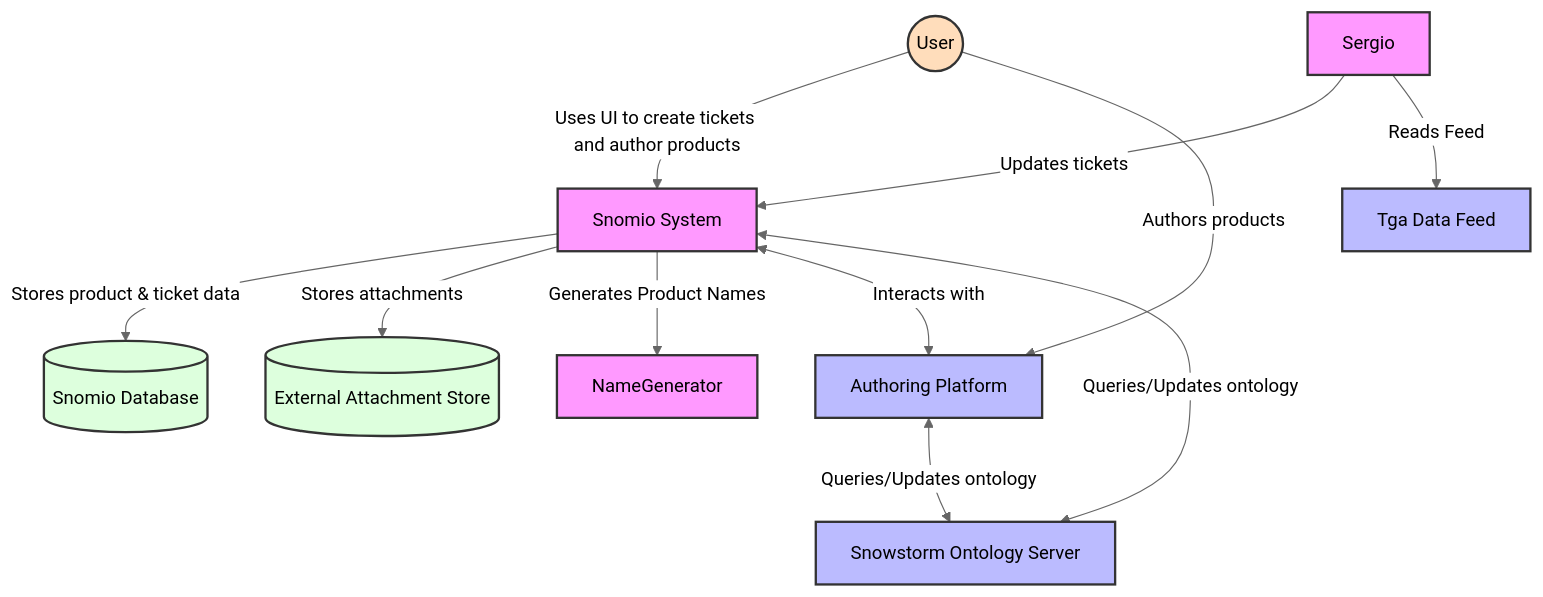
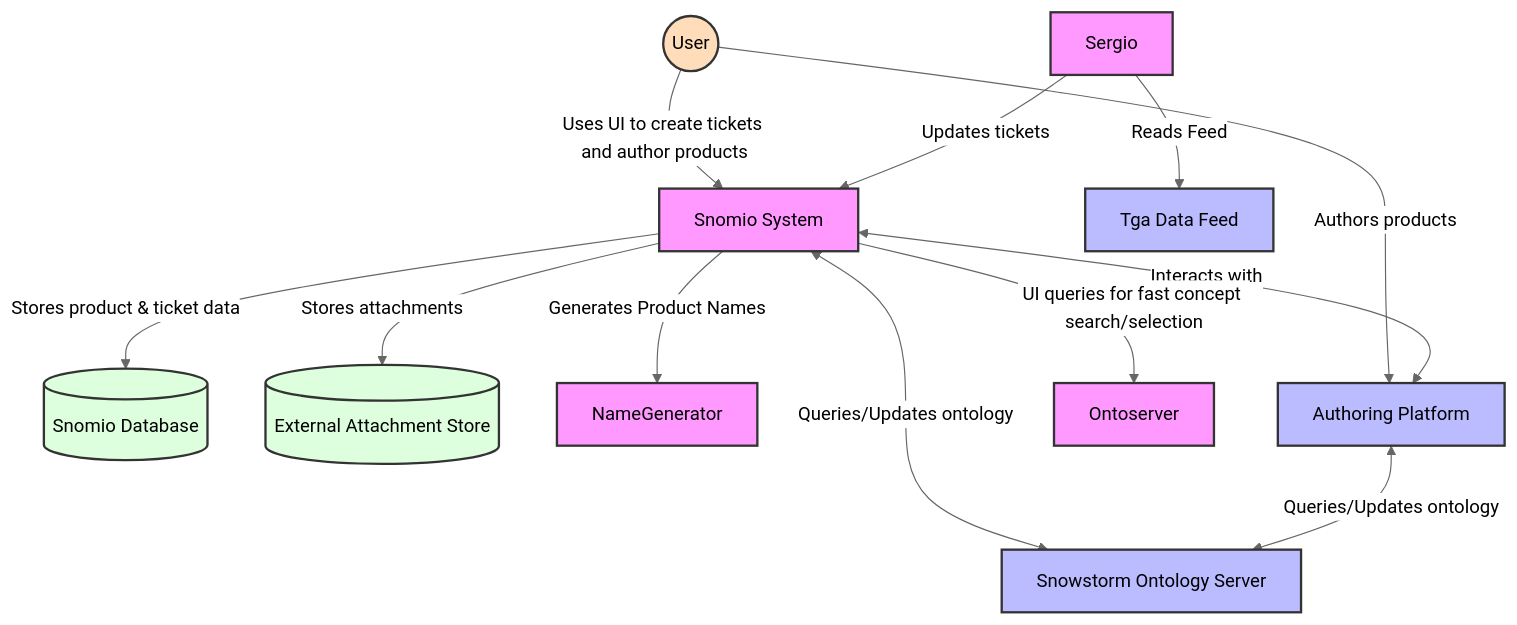
One commit to AuDigitalHealth/lingo changed the first of 6 diagrams in docs/design/integration-points.md. Above: the diagram before and after it, drawn with Mermaid (neutral theme). The commit also changed other lines of this file, not shown here.

Commit message:
added ontoserver into integration points overview diagram

````diff
--- a/docs/design/integration-points.md
+++ b/docs/design/integration-points.md
@@ -19,33 +21,34 @@
 ```mermaid
 graph TB
     User((User))
     Snomio[Snomio System]
     DB[(Snomio Database)]
     AttachmentStore[(External Attachment Store)]
     Sergio[Sergio]
     NameGen[NameGenerator]
     AuthoringPlatform[Authoring Platform]
     Snowstorm[Snowstorm Ontology Server]
     TGAFeed[Tga Data Feed]
 
     User -->|Uses UI to create tickets and author products| Snomio
     Snomio -->|Stores product & ticket data| DB
     Snomio -->|Stores attachments| AttachmentStore
     Snomio -->|Generates Product Names| NameGen
     Sergio -->|Updates tickets| Snomio
     Sergio -->|Reads Feed| TGAFeed
     User -->|Authors products| AuthoringPlatform
     Snomio <-->|Interacts with| AuthoringPlatform
     Snomio <-->|Queries/Updates ontology| Snowstorm
+    Snomio -->|UI queries for fast concept search/selection| Ontoserver
     AuthoringPlatform <-->|Queries/Updates ontology| Snowstorm
 
     classDef system fill:#f9f,stroke:#333,stroke-width:2px;
     classDef external fill:#bbf,stroke:#333,stroke-width:2px;
     classDef database fill:#dfd,stroke:#333,stroke-width:2px;
     classDef user fill:#fdb,stroke:#333,stroke-width:2px;
 
-    class Snomio,Sergio,NameGen system;
+    class Snomio,Sergio,NameGen,Ontoserver system;
     class AuthoringPlatform,Snowstorm,TGAFeed external;
     class DB,AttachmentStore database;
     class User user;
 ```
````
